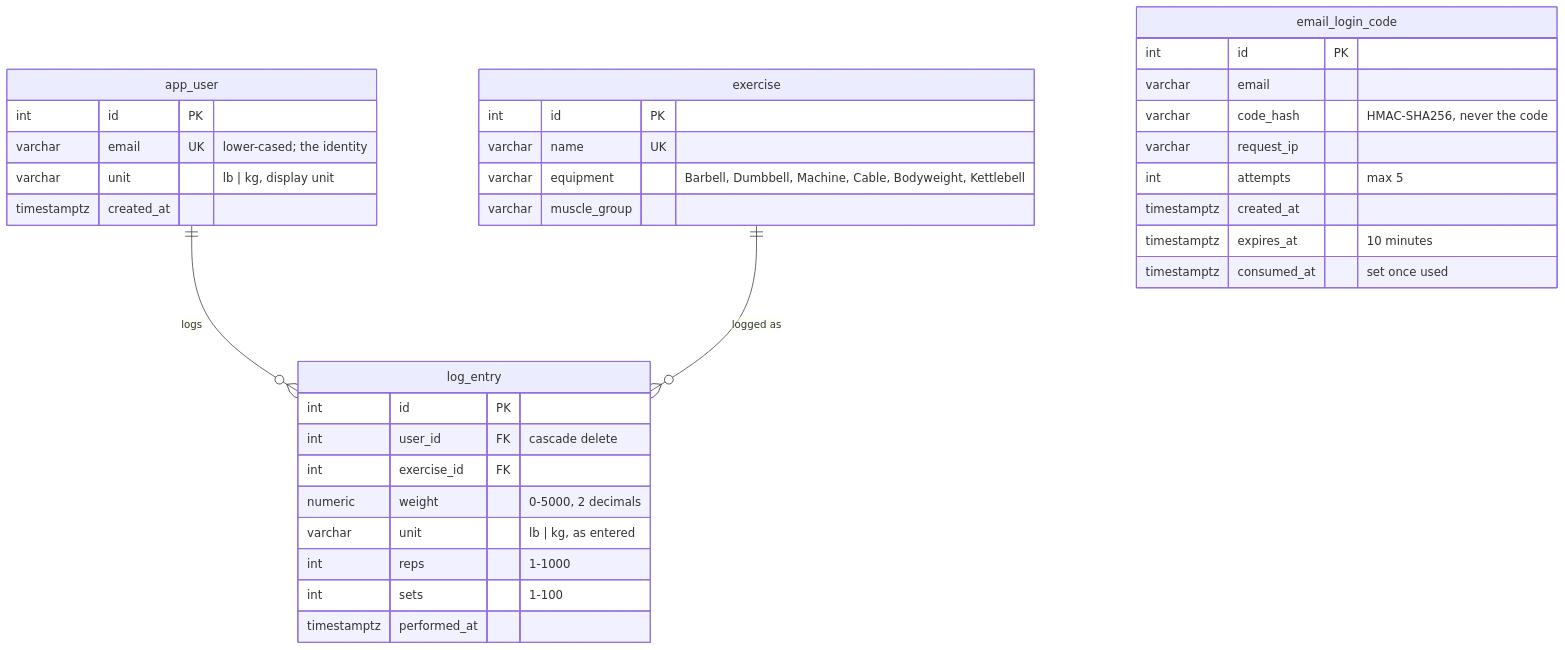
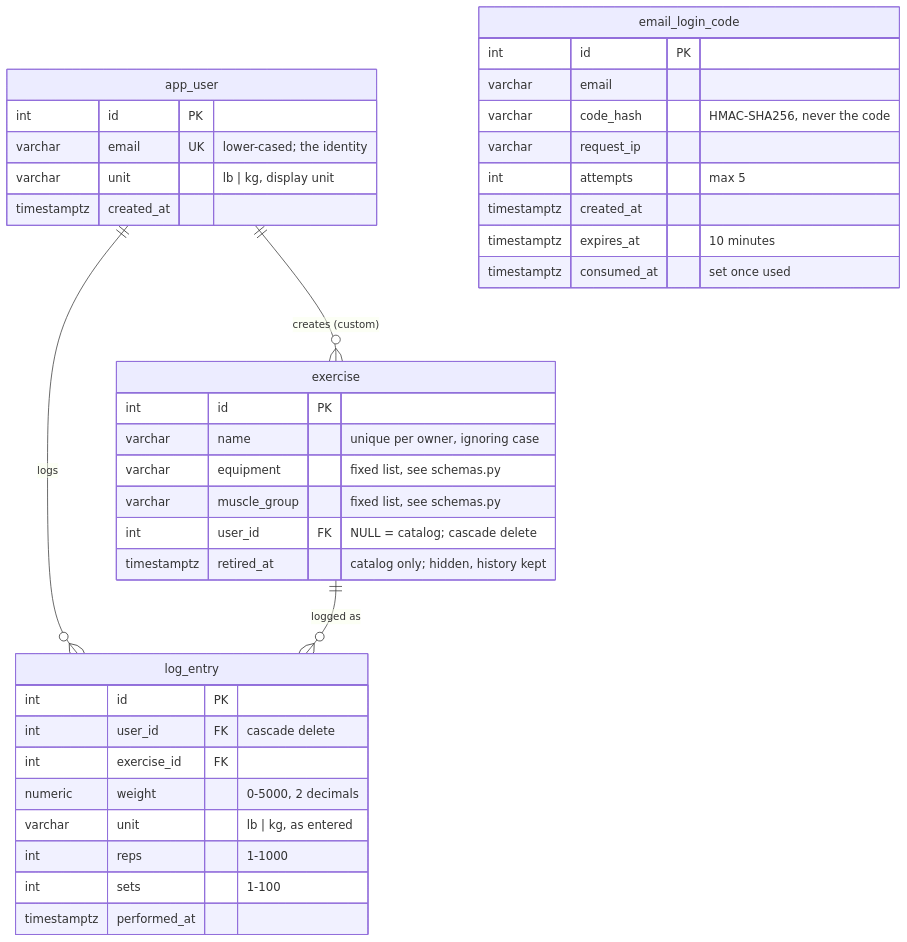
Before and after one commit to GrantHolcombe/overloader: the diagram in docs/DATABASE.md, drawn with Mermaid. The commit also changed other lines of this file and 21 other files, not shown here.

First line of the commit message:
Custom exercises and an editable exercise catalog

````diff
--- a/docs/DATABASE.md
+++ b/docs/DATABASE.md
@@ -7,38 +7,41 @@
 ```mermaid
 erDiagram
     app_user ||--o{ log_entry : logs
+    app_user ||--o{ exercise : "creates (custom)"
     exercise ||--o{ log_entry : "logged as"
 
     app_user {
         int id PK
         varchar email UK "lower-cased; the identity"
         varchar unit "lb | kg, display unit"
         timestamptz created_at
     }
     email_login_code {
         int id PK
         varchar email
         varchar code_hash "HMAC-SHA256, never the code"
         varchar request_ip
         int attempts "max 5"
         timestamptz created_at
         timestamptz expires_at "10 minutes"
         timestamptz consumed_at "set once used"
     }
     exercise {
         int id PK
-        varchar name UK
-        varchar equipment "Barbell, Dumbbell, Machine, Cable, Bodyweight, Kettlebell"
-        varchar muscle_group
+        varchar name "unique per owner, ignoring case"
+        varchar equipment "fixed list, see schemas.py"
+        varchar muscle_group "fixed list, see schemas.py"
+        int user_id FK "NULL = catalog; cascade delete"
+        timestamptz retired_at "catalog only; hidden, history kept"
     }
     log_entry {
         int id PK
         int user_id FK "cascade delete"
         int exercise_id FK
         numeric weight "0-5000, 2 decimals"
         varchar unit "lb | kg, as entered"
         int reps "1-1000"
         int sets "1-100"
         timestamptz performed_at
     }
 ```
````
